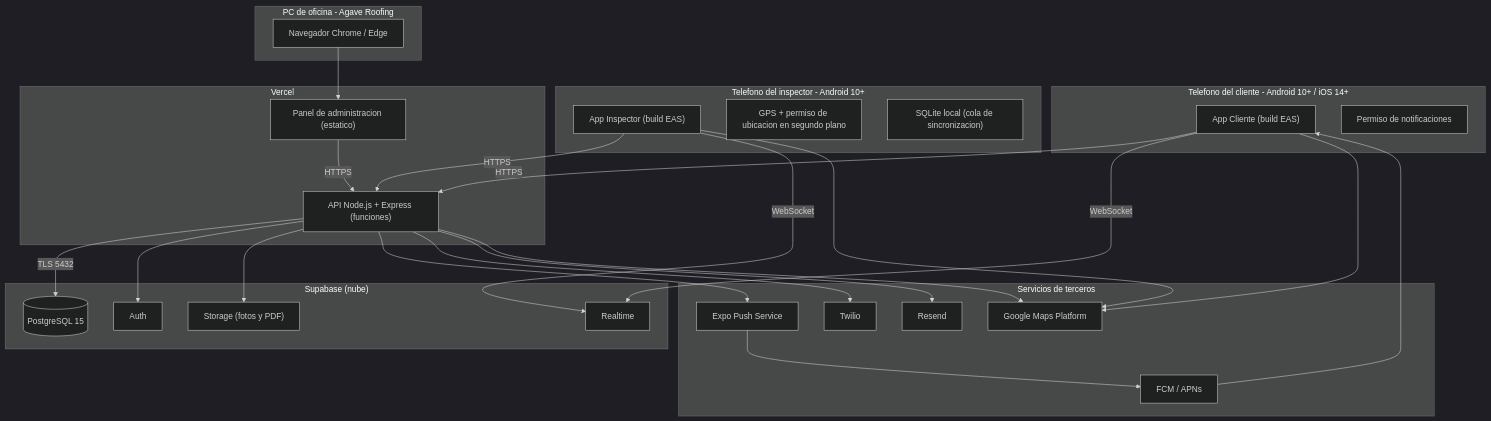
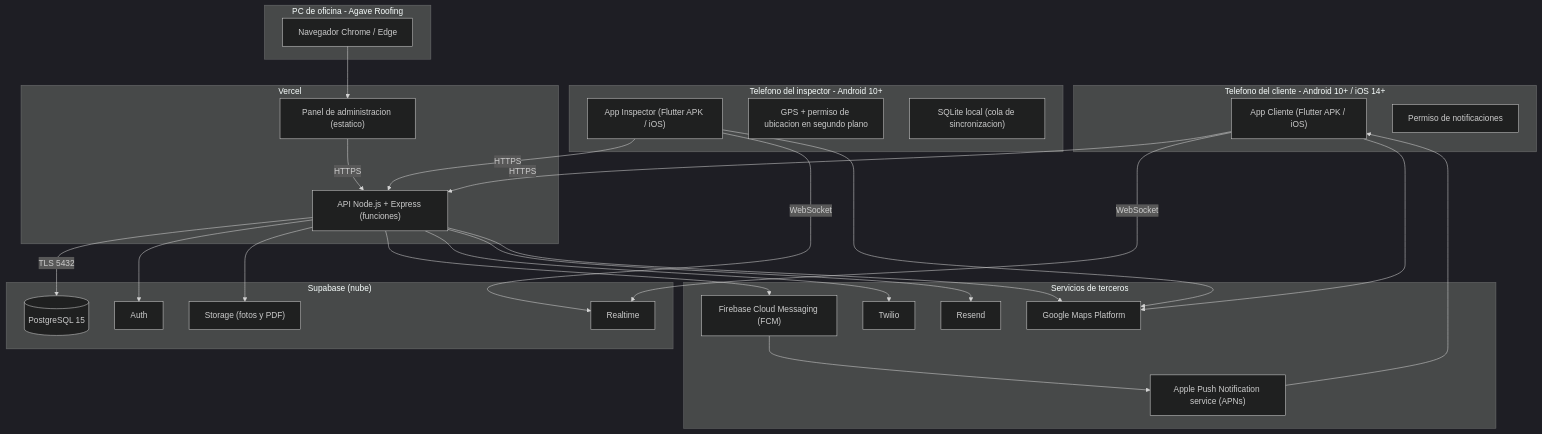
Diagram 14 of 14 in docs/04_Diagramas_UML.md (Marco324/agaveRoofing), drawn with Mermaid (dark theme) before and after one commit. The commit also changed other lines of this file and 327 other files, not shown here.

````diff
--- a/docs/04_Diagramas_UML.md
+++ b/docs/04_Diagramas_UML.md
@@ -870,53 +870,53 @@
 ```mermaid
 flowchart TB
     subgraph TEL_CLI["Telefono del cliente - Android 10+ / iOS 14+"]
-        N1["App Cliente (build EAS)"]
+        N1["App Cliente (Flutter APK / iOS)"]
         N2["Permiso de notificaciones"]
     end
 
     subgraph TEL_INS["Telefono del inspector - Android 10+"]
-        N3["App Inspector (build EAS)"]
+        N3["App Inspector (Flutter APK / iOS)"]
         N4["GPS + permiso de ubicacion en segundo plano"]
         N5["SQLite local (cola de sincronizacion)"]
     end
 
     subgraph PC["PC de oficina - Agave Roofing"]
         N6["Navegador Chrome / Edge"]
     end
 
     subgraph VERCEL["Vercel"]
         N7["Panel de administracion (estatico)"]
         N8["API Node.js + Express (funciones)"]
     end
 
     subgraph SUPA["Supabase (nube)"]
         N9[("PostgreSQL 15")]
         N10["Auth"]
         N11["Realtime"]
         N12["Storage (fotos y PDF)"]
     end
 
     subgraph TERCEROS["Servicios de terceros"]
-        N13["Expo Push Service"]
-        N14["FCM / APNs"]
+        N13["Firebase Cloud Messaging (FCM)"]
+        N14["Apple Push Notification service (APNs)"]
         N15["Twilio"]
         N16["Resend"]
         N17["Google Maps Platform"]
     end
 
     N1 -->|HTTPS| N8
     N3 -->|HTTPS| N8
     N6 --> N7
     N7 -->|HTTPS| N8
     N8 -->|TLS 5432| N9
     N8 --> N10
     N8 --> N12
     N3 -->|WebSocket| N11
     N1 -->|WebSocket| N11
     N8 --> N13 --> N14 --> N1
     N8 --> N15
     N8 --> N16
     N8 --> N17
     N1 --> N17
     N3 --> N17
 ```
````
